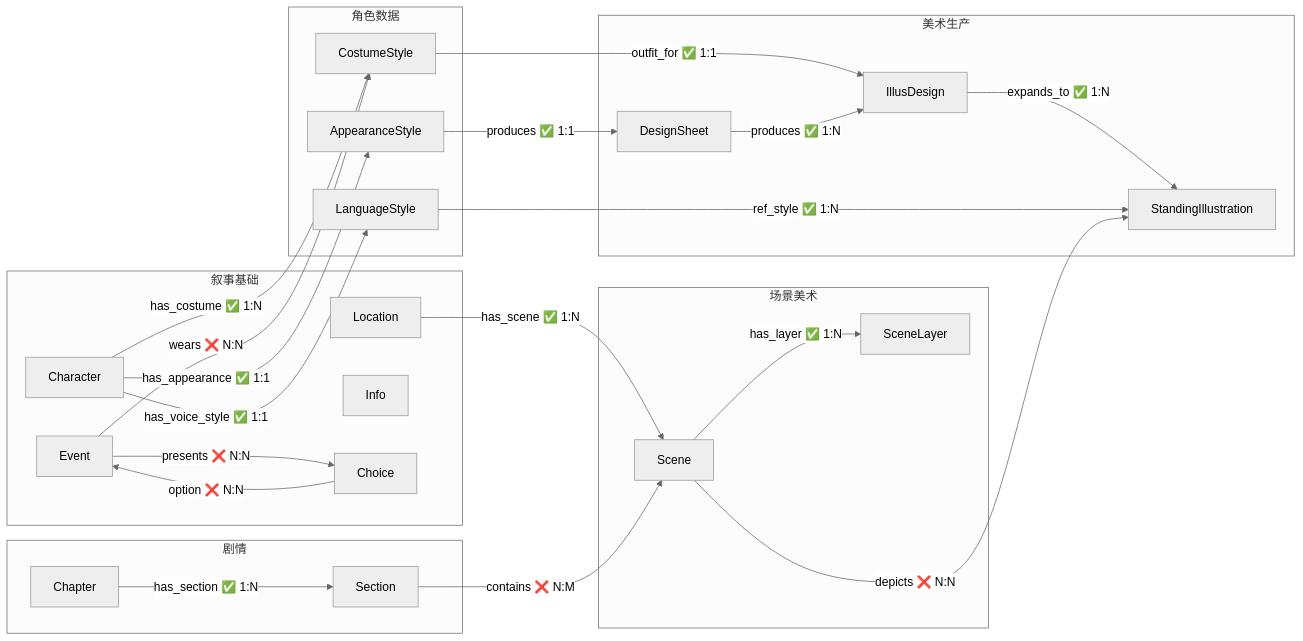
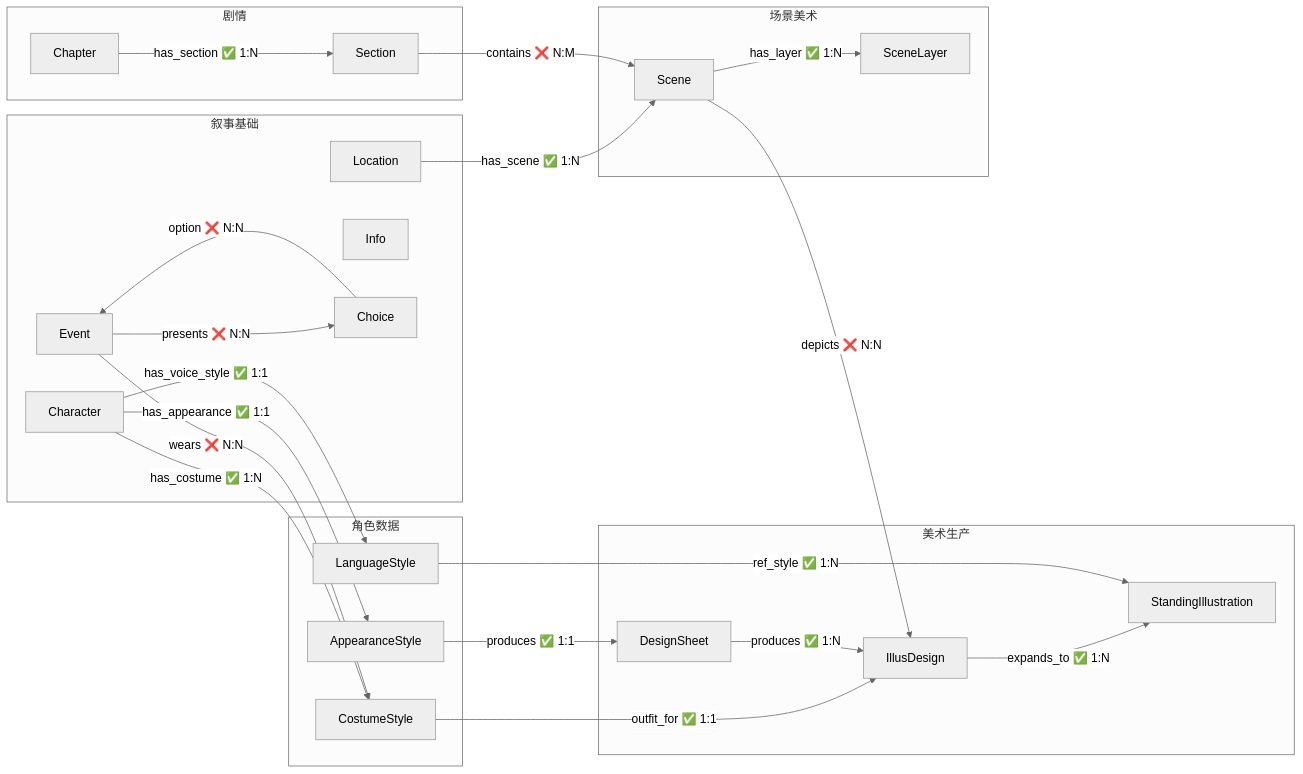
One commit to CrazyJinn/OtheredGlass changed the diagram in 00_init/Schema总览.md. Above: the diagram before and after it, drawn with Mermaid (neutral theme). The commit also changed other lines of this file and 16 other files, not shown here.

First line of the commit message:
feat: depicts 边改向 Scene→IllusDesign + sec01 咖啡店场景 + 立绘清理

````diff
--- a/00_init/Schema总览.md
+++ b/00_init/Schema总览.md
@@ -86,49 +86,49 @@
 ```mermaid
 flowchart LR
     subgraph 叙事["叙事基础"]
         Character["Character"]
         Event["Event"]
         Location["Location"]
         Info["Info"]
         Choice["Choice"]
     end
 
     subgraph 角色数据["角色数据"]
         Appearance["AppearanceStyle"]
         Costume["CostumeStyle"]
         Language["LanguageStyle"]
     end
 
     subgraph 美术生产["美术生产"]
         DesignSheet["DesignSheet"]
         IllusDesign["IllusDesign"]
         StandingIllus["StandingIllustration"]
     end
 
     subgraph 场景美术["场景美术"]
         Scene["Scene"]
         SceneLayer["SceneLayer"]
     end
 
     subgraph 剧情["剧情"]
         Chapter["Chapter"]
         Section["Section"]
     end
 
     Character -->|"has_appearance ✅ 1:1"| Appearance
     Character -->|"has_costume ✅ 1:N"| Costume
     Character -->|"has_voice_style ✅ 1:1"| Language
     Appearance -->|"produces ✅ 1:1"| DesignSheet
     Costume -->|"outfit_for ✅ 1:1"| IllusDesign
     DesignSheet -->|"produces ✅ 1:N"| IllusDesign
     Event -->|"wears ❌ N:N"| Costume
     Event -->|"presents ❌ N:N"| Choice
     Choice -->|"option ❌ N:N"| Event
     IllusDesign -->|"expands_to ✅ 1:N"| StandingIllus
     Language -->|"ref_style ✅ 1:N"| StandingIllus
     Location -->|"has_scene ✅ 1:N"| Scene
     Scene -->|"has_layer ✅ 1:N"| SceneLayer
     Chapter -->|"has_section ✅ 1:N"| Section
     Section -->|"contains ❌ N:M"| Scene
-    Scene -->|"depicts ❌ N:N"| StandingIllus
+    Scene -->|"depicts ❌ N:N"| IllusDesign
 ```
````
